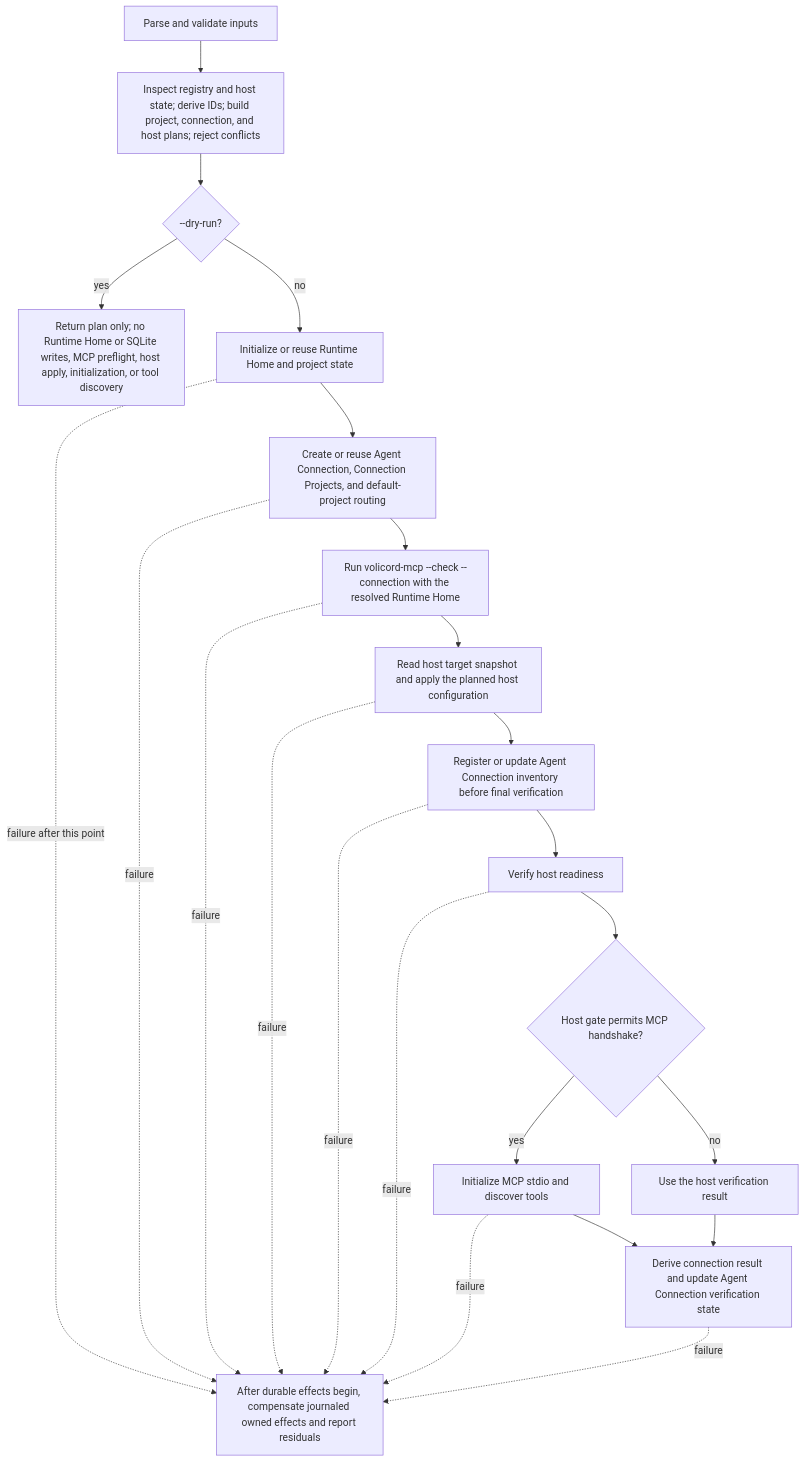
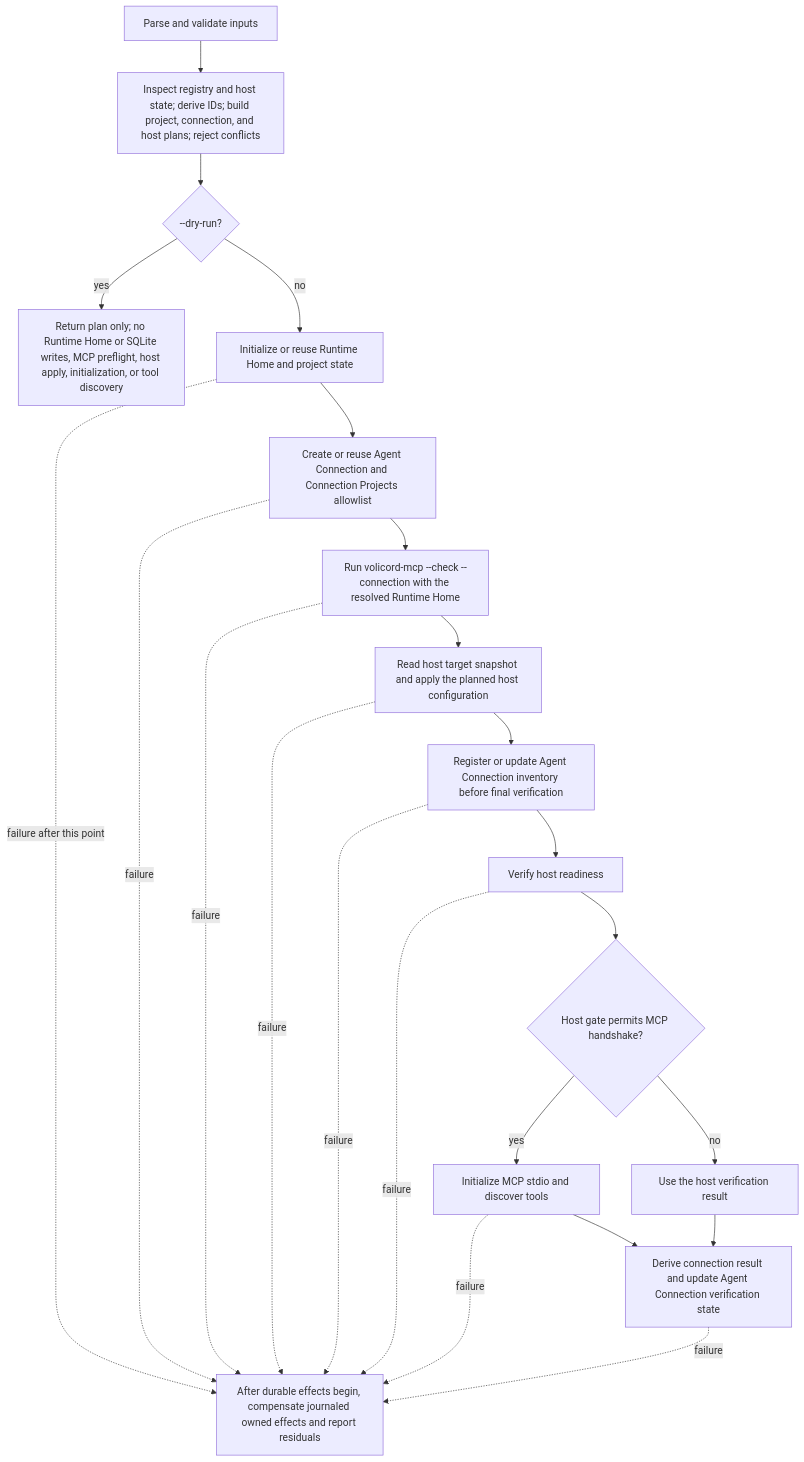
Before and after one commit to minjungw00/Harness_Project: the fourth of 4 diagrams in docs/en/development/architecture.md, drawn with Mermaid. The commit also changed other lines of this file and 10 other files, not shown here.

````diff
--- a/docs/en/development/architecture.md
+++ b/docs/en/development/architecture.md
@@ -228,32 +228,32 @@
 ```mermaid
 flowchart TD
   parse["Parse and validate inputs"]
   plan["Inspect registry and host state; derive IDs; build project, connection, and host plans; reject conflicts"]
   dry{"--dry-run?"}
   dryout["Return plan only; no Runtime Home or SQLite writes, MCP preflight, host apply, initialization, or tool discovery"]
   runtime["Initialize or reuse Runtime Home and project state"]
-  connection["Create or reuse Agent Connection, Connection Projects, and default-project routing"]
+  connection["Create or reuse Agent Connection and Connection Projects allowlist"]
   preflight["Run volicord-mcp --check --connection with the resolved Runtime Home"]
   host["Read host target snapshot and apply the planned host configuration"]
   inventory["Register or update Agent Connection inventory before final verification"]
   readiness["Verify host readiness"]
   gate{"Host gate permits MCP handshake?"}
   handshake["Initialize MCP stdio and discover tools"]
   hostonly["Use the host verification result"]
   final["Derive connection result and update Agent Connection verification state"]
   fail["After durable effects begin, compensate journaled owned effects and report residuals"]
 
   parse --> plan --> dry
   dry -- yes --> dryout
   dry -- no --> runtime --> connection --> preflight --> host --> inventory --> readiness --> gate
   gate -- yes --> handshake --> final
   gate -- no --> hostonly --> final
   runtime -. failure after this point .-> fail
   connection -. failure .-> fail
   preflight -. failure .-> fail
   host -. failure .-> fail
   inventory -. failure .-> fail
   readiness -. failure .-> fail
   handshake -. failure .-> fail
   final -. failure .-> fail
 ```
````
